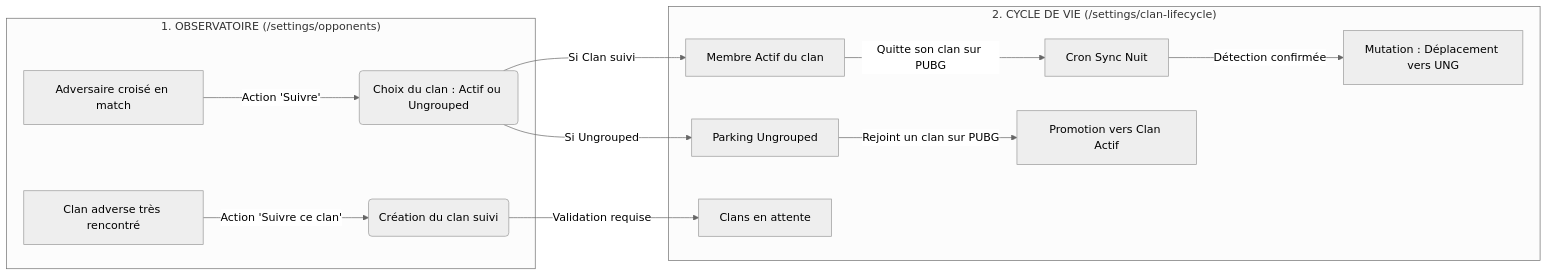
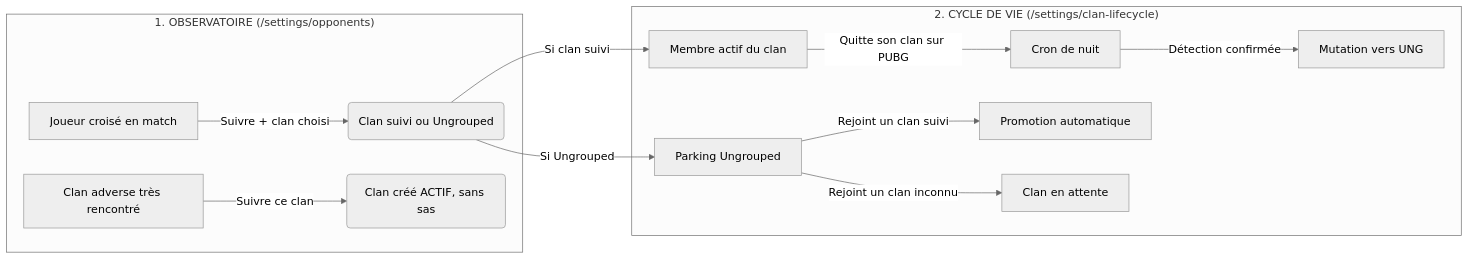
One commit to arkium/pubg-clan-site changed the diagram in docs/TODO/players.md. Above: the diagram before and after it, drawn with Mermaid (neutral theme). The commit also changed other lines of this file and 41 other files, not shown here.

````diff
--- a/docs/TODO/players.md
+++ b/docs/TODO/players.md
@@ -222,16 +221,16 @@
 ```mermaid
 flowchart LR
     subgraph Observatoire["1. OBSERVATOIRE (/settings/opponents)"]
-        A[Adversaire croisé en match] -->|Action 'Suivre'| B(Choix du clan : Actif ou Ungrouped)
-        C[Clan adverse très rencontré] -->|Action 'Suivre ce clan'| D(Création du clan suivi)
+        A[Joueur croisé en match] -->|Suivre + clan choisi| B(Clan suivi ou Ungrouped)
+        C[Clan adverse très rencontré] -->|Suivre ce clan| D(Clan créé ACTIF, sans sas)
     end
 
     subgraph Lifecycle["2. CYCLE DE VIE (/settings/clan-lifecycle)"]
         B -->|Si Ungrouped| E[Parking Ungrouped]
-        B -->|Si Clan suivi| F[Membre Actif du clan]
-        D -->|Validation requise| G[Clans en attente]
-        F -->|Quitte son clan sur PUBG| H[Cron Sync Nuit]
-        H -->|Détection confirmée| I[Mutation : Déplacement vers UNG]
-        E -->|Rejoint un clan sur PUBG| J[Promotion vers Clan Actif]
+        B -->|Si clan suivi| F[Membre actif du clan]
+        F -->|Quitte son clan sur PUBG| H[Cron de nuit]
+        H -->|Détection confirmée| I[Mutation vers UNG]
+        E -->|Rejoint un clan suivi| J[Promotion automatique]
+        E -->|Rejoint un clan inconnu| G[Clan en attente]
     end
 ```
````
